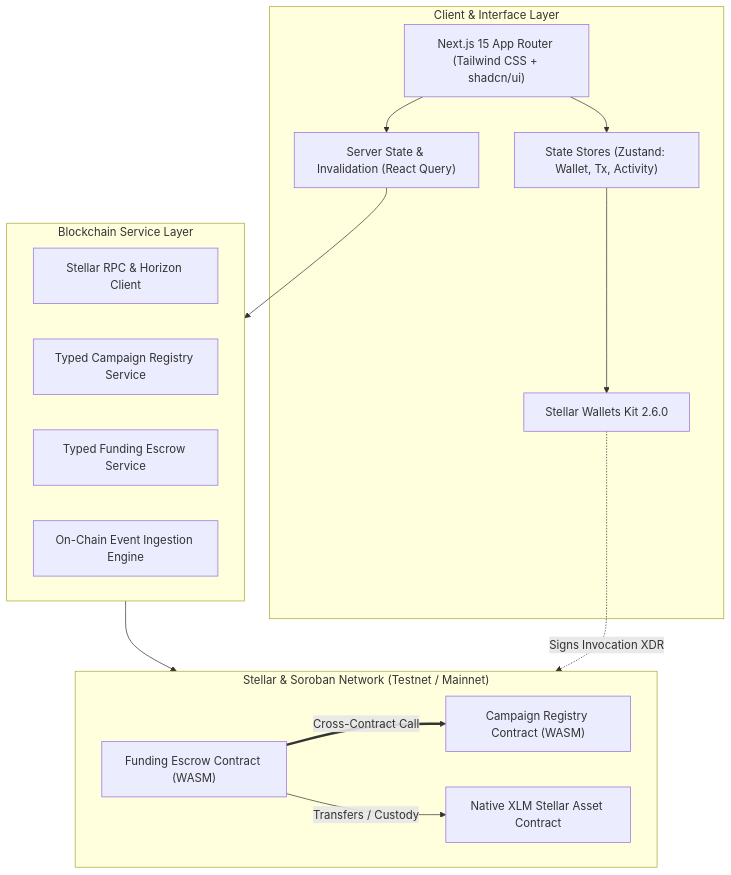
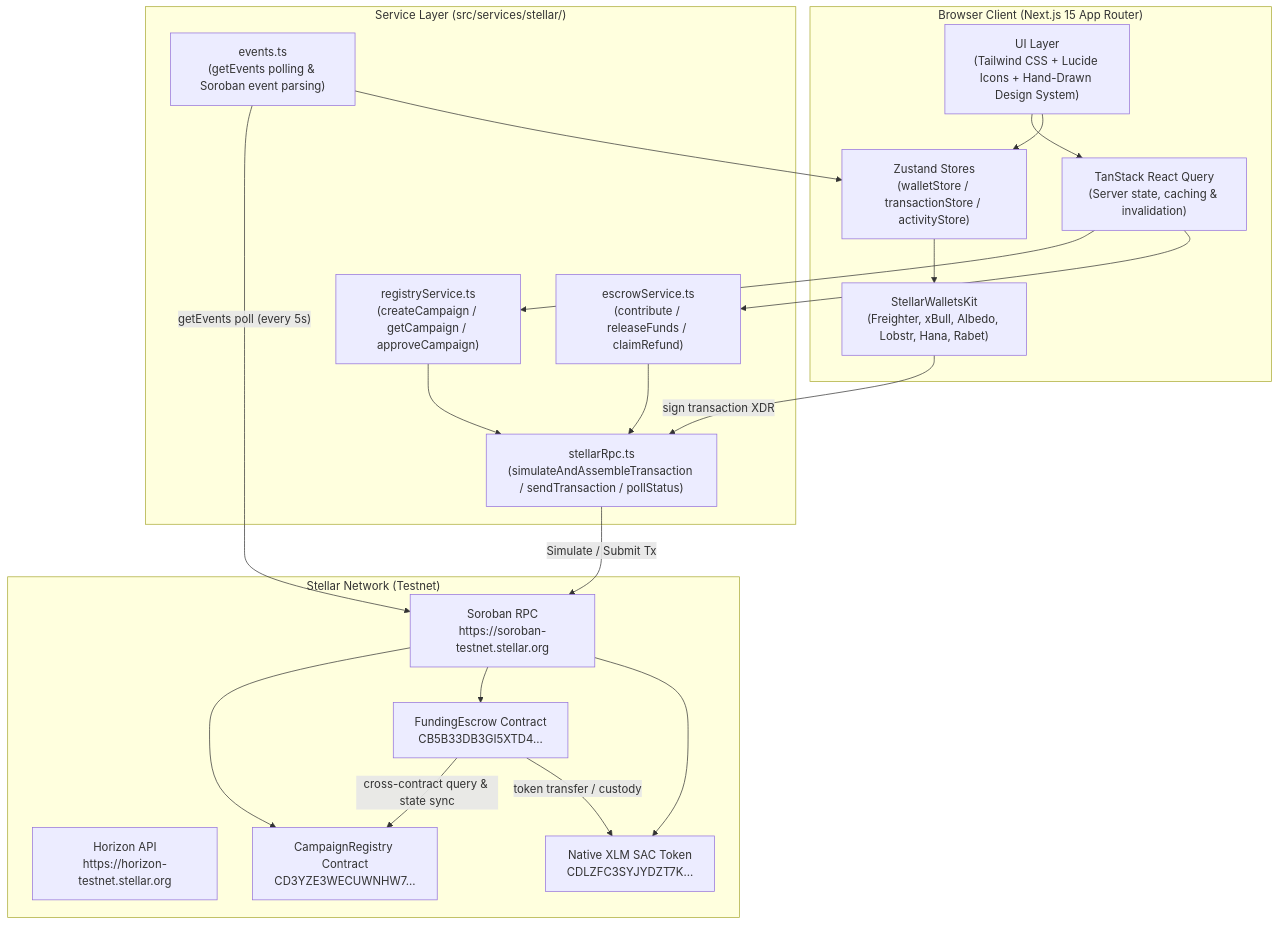
The first of 4 diagrams in README.md (sanchayanghosh07/FundCircle), drawn with Mermaid before and after one commit. The commit also changed other lines of this file, not shown here.

First line of the commit message:
docs: restructure README with comprehensive architecture and contract specifications

````diff
--- a/README.md
+++ b/README.md
@@ -61,31 +72,41 @@
 ```mermaid
 graph TD
-    subgraph ClientLayer ["Client & Interface Layer"]
-        UI["Next.js 15 App Router (Tailwind CSS + shadcn/ui)"]
-        Store["State Stores (Zustand: Wallet, Tx, Activity)"]
-        ReactQuery["Server State & Invalidation (React Query)"]
-        WalletsKit["Stellar Wallets Kit 2.6.0"]
+    subgraph Browser["Browser Client (Next.js 15 App Router)"]
+        UI["UI Layer\n(Tailwind CSS + Lucide Icons + Hand-Drawn Design System)"]
+        RQ["TanStack React Query\n(Server state, caching & invalidation)"]
+        ZS["Zustand Stores\n(walletStore / transactionStore / activityStore)"]
+        SWK["StellarWalletsKit\n(Freighter, xBull, Albedo, Lobstr, Hana, Rabet)"]
     end
 
-    subgraph ServiceLayer ["Blockchain Service Layer"]
-        RPCClient["Stellar RPC & Horizon Client"]
-        RegistryService["Typed Campaign Registry Service"]
-        EscrowService["Typed Funding Escrow Service"]
-        EventService["On-Chain Event Ingestion Engine"]
+    subgraph ServiceLayer["Service Layer (src/services/stellar/)"]
+        RPC_CLIENT["stellarRpc.ts\n(simulateAndAssembleTransaction / sendTransaction / pollStatus)"]
+        REG_SRV["registryService.ts\n(createCampaign / getCampaign / approveCampaign)"]
+        ESC_SRV["escrowService.ts\n(contribute / releaseFunds / claimRefund)"]
+        EVT_SRV["events.ts\n(getEvents polling & Soroban event parsing)"]
     end
 
-    subgraph StellarLedger ["Stellar & Soroban Network (Testnet / Mainnet)"]
-        EscrowContract["Funding Escrow Contract (WASM)"]
-        RegistryContract["Campaign Registry Contract (WASM)"]
-        SAC["Native XLM Stellar Asset Contract"]
+    subgraph StellarLedger["Stellar Network (Testnet)"]
+        SOROBAN_RPC["Soroban RPC\nhttps://soroban-testnet.stellar.org"]
+        HORIZON_API["Horizon API\nhttps://horizon-testnet.stellar.org"]
+        REGISTRY_CTR["CampaignRegistry Contract\nCD3YZE3WECUWNHW7..."]
+        ESCROW_CTR["FundingEscrow Contract\nCB5B33DB3GI5XTD4..."]
+        SAC_TOKEN["Native XLM SAC Token\nCDLZFC3SYJYDZT7K..."]
     end
 
-    UI --> Store
-    UI --> ReactQuery
-    Store --> WalletsKit
-    ReactQuery --> ServiceLayer
-    ServiceLayer --> StellarLedger
-    WalletsKit -.->|"Signs Invocation XDR"| StellarLedger
-    EscrowContract ==>|"Cross-Contract Call"| RegistryContract
-    EscrowContract -->|"Transfers / Custody"| SAC
+    UI --> RQ
+    UI --> ZS
+    RQ --> REG_SRV
+    RQ --> ESC_SRV
+    ZS --> SWK
+    REG_SRV --> RPC_CLIENT
+    ESC_SRV --> RPC_CLIENT
+    SWK -->|"sign transaction XDR"| RPC_CLIENT
+    RPC_CLIENT -->|"Simulate / Submit Tx"| SOROBAN_RPC
+    EVT_SRV -->|"getEvents poll (every 5s)"| SOROBAN_RPC
+    EVT_SRV --> ZS
+    SOROBAN_RPC --> REGISTRY_CTR
+    SOROBAN_RPC --> ESCROW_CTR
+    SOROBAN_RPC --> SAC_TOKEN
+    ESCROW_CTR -->|"cross-contract query & state sync"| REGISTRY_CTR
+    ESCROW_CTR -->|"token transfer / custody"| SAC_TOKEN
 ```
````
